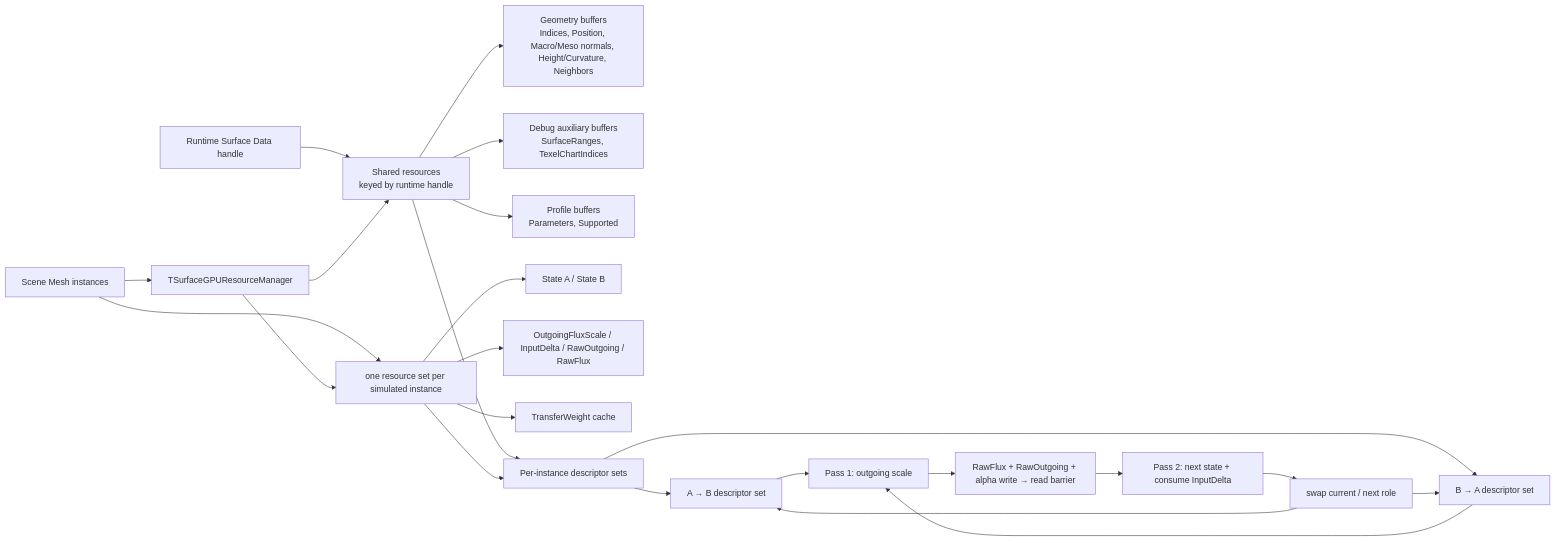
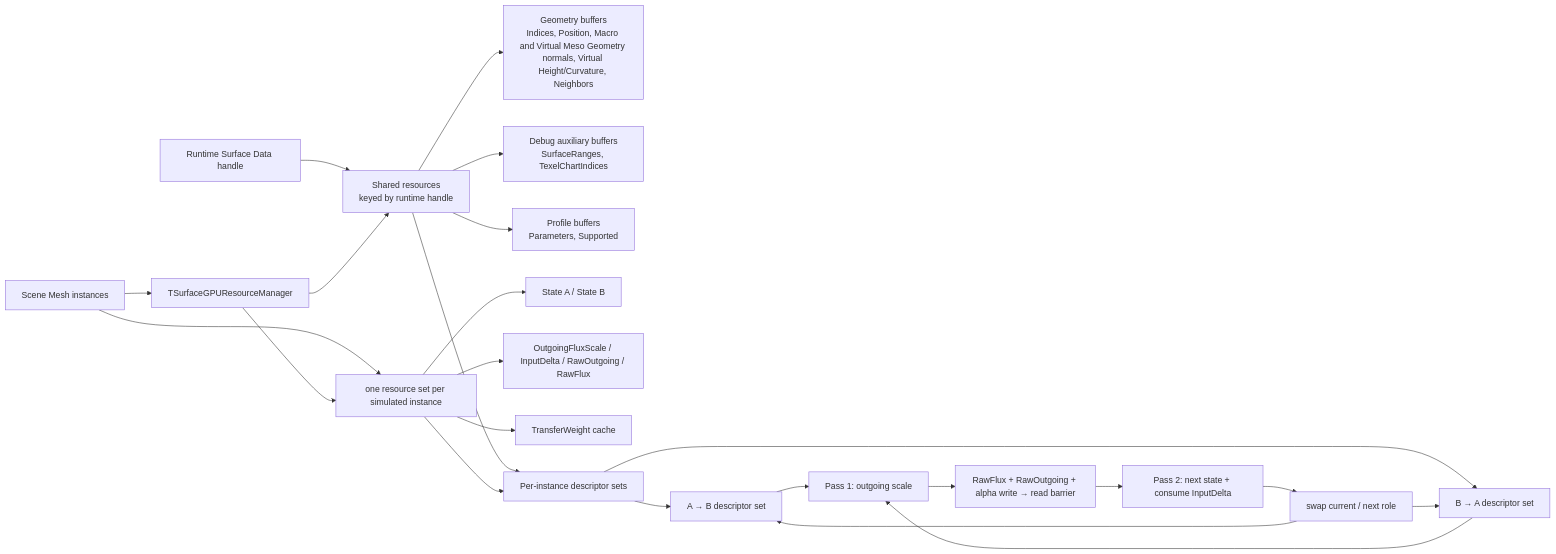
One commit to Yonaim/Material-Dependent-Surface-State-Engine changed the first of 2 diagrams in Docs/MDSSP-Vault/04_Architecture/0008_Surface-GPU-Data-Layout.md. Above: the diagram before and after it, drawn with Mermaid. The commit also changed other lines of this file and 35 other files, not shown here.

Commit message:
Docs: Virtual Meso Geometry 용어와 형상 설명 정리

````diff
--- a/Docs/MDSSP-Vault/04_Architecture/0008_Surface-GPU-Data-Layout.md
+++ b/Docs/MDSSP-Vault/04_Architecture/0008_Surface-GPU-Data-Layout.md
@@ -13,25 +13,25 @@
 ```mermaid
 flowchart LR
   Scene["Scene Mesh instances"] --> Manager["TSurfaceGPUResourceManager"]
   RuntimeHandle["Runtime Surface Data handle"] --> SharedResources
   Manager --> SharedResources["Shared resources\nkeyed by runtime handle"]
-  SharedResources --> Geometry["Geometry buffers\nIndices, Position, Macro/Meso normals, Height/Curvature, Neighbors"]
+  SharedResources --> Geometry["Geometry buffers\nIndices, Position, Macro and Virtual Meso Geometry normals, Virtual Height/Curvature, Neighbors"]
   SharedResources --> DebugAux["Debug auxiliary buffers\nSurfaceRanges, TexelChartIndices"]
   SharedResources --> Profile["Profile buffers\nParameters, Supported"]
   Scene --> PerInstance["one resource set per simulated instance"]
   Manager --> PerInstance
   PerInstance --> State["State A / State B"]
   PerInstance --> Temp["OutgoingFluxScale / InputDelta / RawOutgoing / RawFlux"]
   PerInstance --> Cache["TransferWeight cache"]
   SharedResources --> Descriptor["Per-instance descriptor sets"]
   PerInstance --> Descriptor
   Descriptor --> AB["A → B descriptor set"]
   Descriptor --> BA["B → A descriptor set"]
   AB --> Pass1["Pass 1: outgoing scale"]
   BA --> Pass1
   Pass1 --> Barrier["RawFlux + RawOutgoing + alpha write → read barrier"]
   Barrier --> Pass2["Pass 2: next state + consume InputDelta"]
   Pass2 --> Swap["swap current / next role"]
   Swap --> AB
   Swap --> BA
 ```
````
